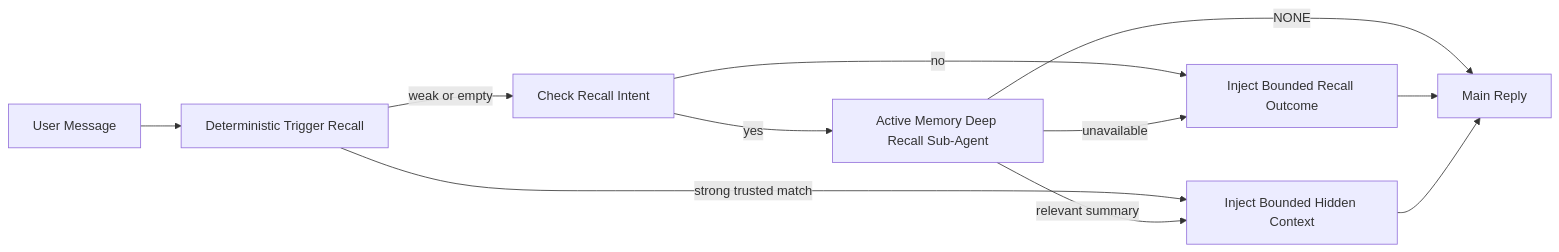
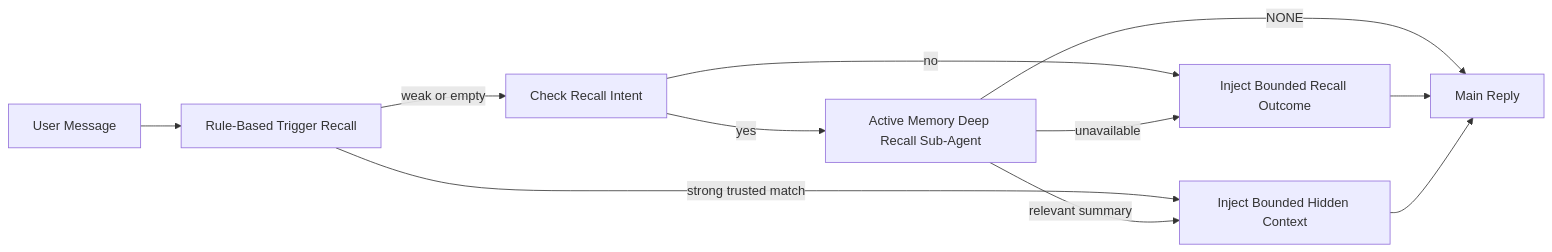
The diagram in docs/concepts/active-memory/how-it-works.md (I24D/Lumina-Openclaw), drawn with Mermaid before and after one commit. The commit also changed other lines of this file and 43673 other files, not shown here.

````diff
--- a/docs/concepts/active-memory/how-it-works.md
+++ b/docs/concepts/active-memory/how-it-works.md
@@ -11,13 +11,13 @@
 ```mermaid
 flowchart LR
-  U["User Message"] --> D["Deterministic Trigger Recall"]
+  U["User Message"] --> D["Rule-Based Trigger Recall"]
   D -->|strong trusted match| I["Inject Bounded Hidden Context"]
   D -->|weak or empty| H["Check Recall Intent"]
   H -->|no| O["Inject Bounded Recall Outcome"]
   H -->|yes| R["Active Memory Deep Recall Sub-Agent"]
   R -->|NONE| M
   R -->|unavailable| O
   R -->|relevant summary| I
   O --> M["Main Reply"]
   I --> M
 ```
````
